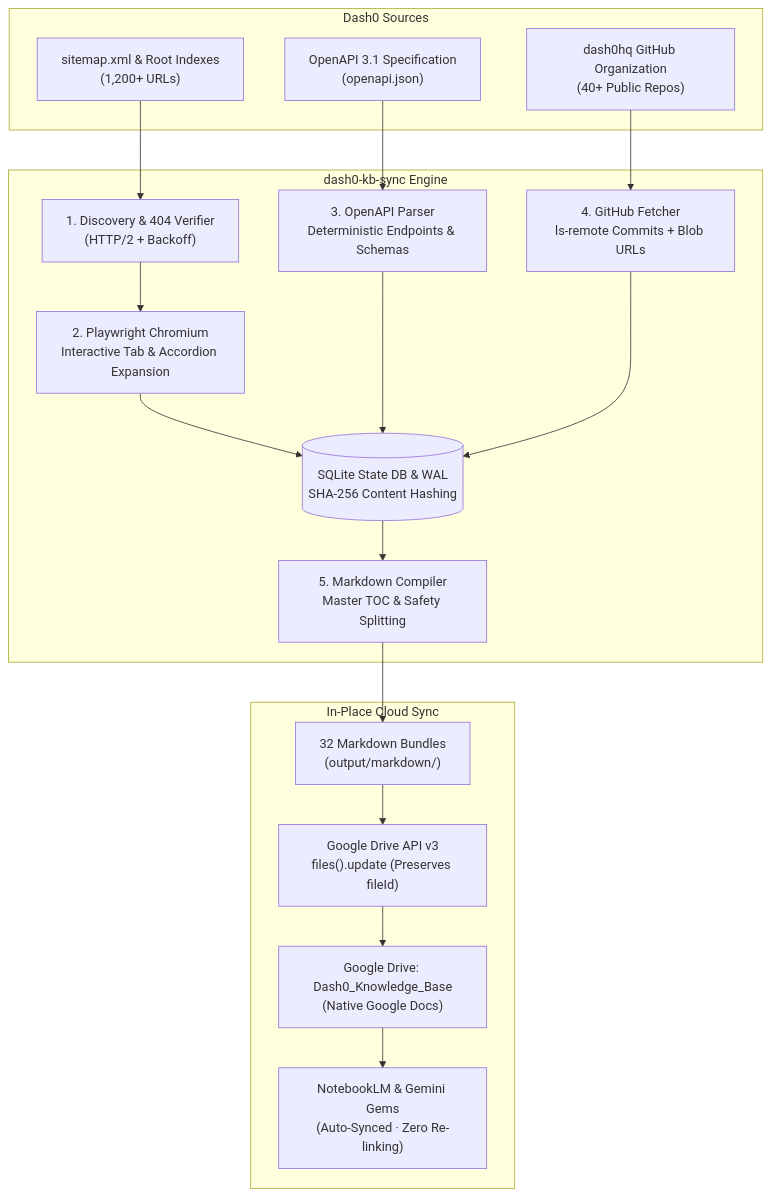
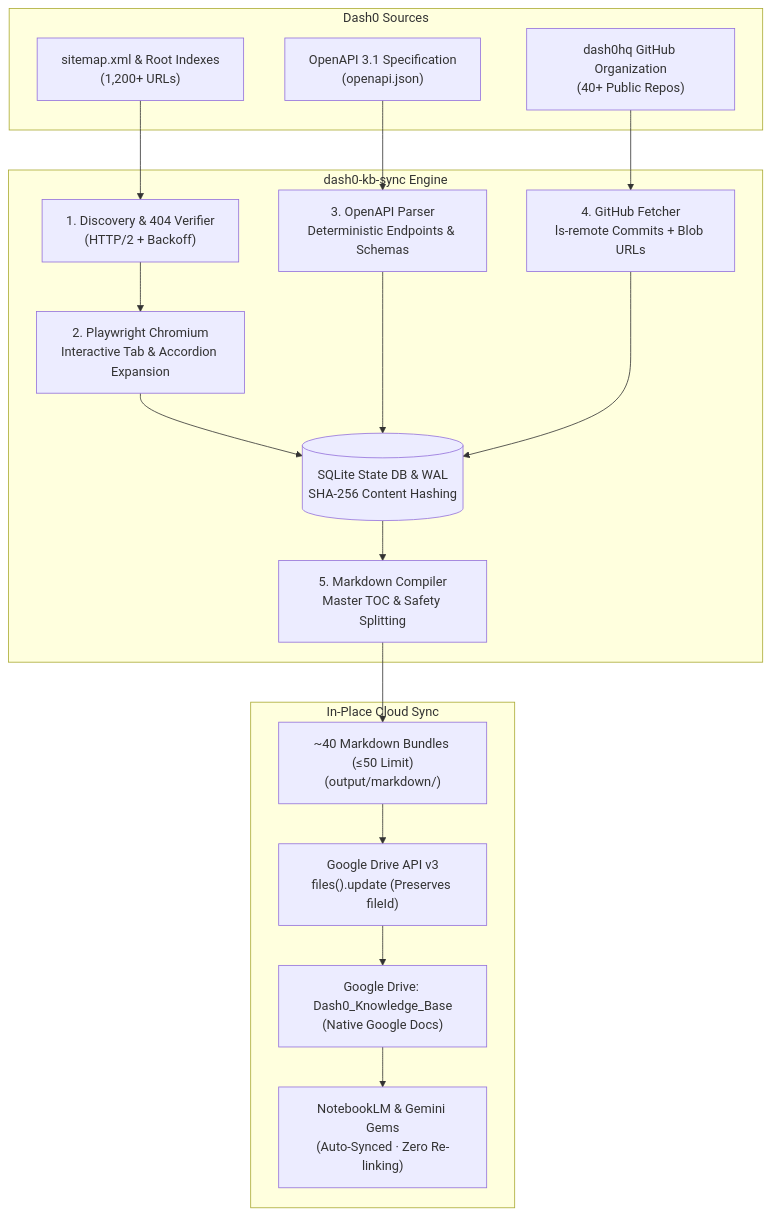
The diagram in README.md (derrypete/dash0-kb-sync), drawn with Mermaid before and after one commit. The commit also changed other lines of this file and 3 other files, not shown here.

````diff
--- a/README.md
+++ b/README.md
@@ -9,39 +9,39 @@
 ```mermaid
 flowchart TD
     subgraph Sources["Dash0 Sources"]
         SM["sitemap.xml & Root Indexes<br/>(1,200+ URLs)"]
         API["OpenAPI 3.1 Specification<br/>(openapi.json)"]
         GH["dash0hq GitHub Organization<br/>(40+ Public Repos)"]
     end
 
     subgraph Pipeline["dash0-kb-sync Engine"]
         DISC["1. Discovery & 404 Verifier<br/>(HTTP/2 + Backoff)"]
         EXT["2. Playwright Chromium<br/>Interactive Tab & Accordion Expansion"]
         SPEC["3. OpenAPI Parser<br/>Deterministic Endpoints & Schemas"]
         FETCH["4. GitHub Fetcher<br/>ls-remote Commits + Blob URLs"]
         DB[("SQLite State DB & WAL<br/>SHA-256 Content Hashing")]
         COMP["5. Markdown Compiler<br/>Master TOC & Safety Splitting"]
     end
 
     subgraph Output["In-Place Cloud Sync"]
-        BNDL["32 Markdown Bundles<br/>(output/markdown/)"]
+        BNDL["~40 Markdown Bundles (≤50 Limit)<br/>(output/markdown/)"]
         GDRV["Google Drive API v3<br/>files().update (Preserves fileId)"]
         GDOC["Google Drive: Dash0_Knowledge_Base<br/>(Native Google Docs)"]
         NLM["NotebookLM & Gemini Gems<br/>(Auto-Synced · Zero Re-linking)"]
     end
 
     SM --> DISC
     DISC --> EXT
     API --> SPEC
     GH --> FETCH
 
     EXT --> DB
     SPEC --> DB
     FETCH --> DB
 
     DB --> COMP
     COMP --> BNDL
     BNDL --> GDRV
     GDRV --> GDOC
     GDOC --> NLM
 ```
````
